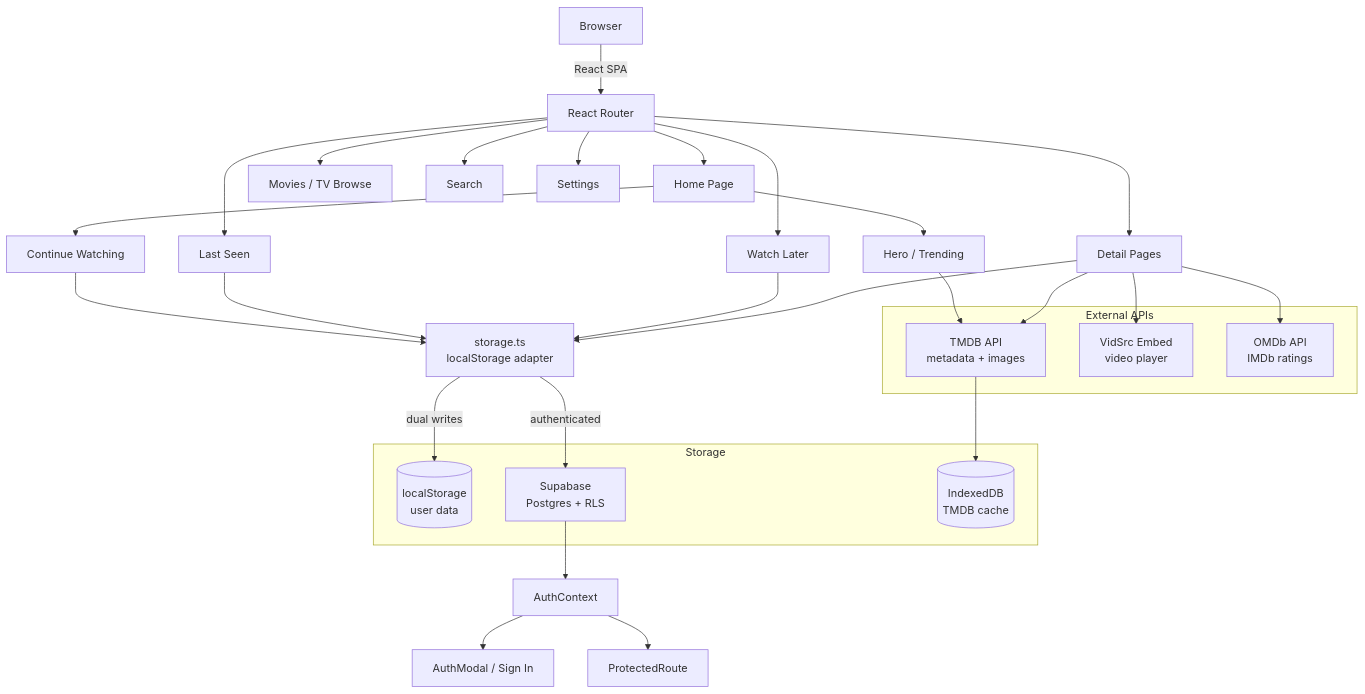
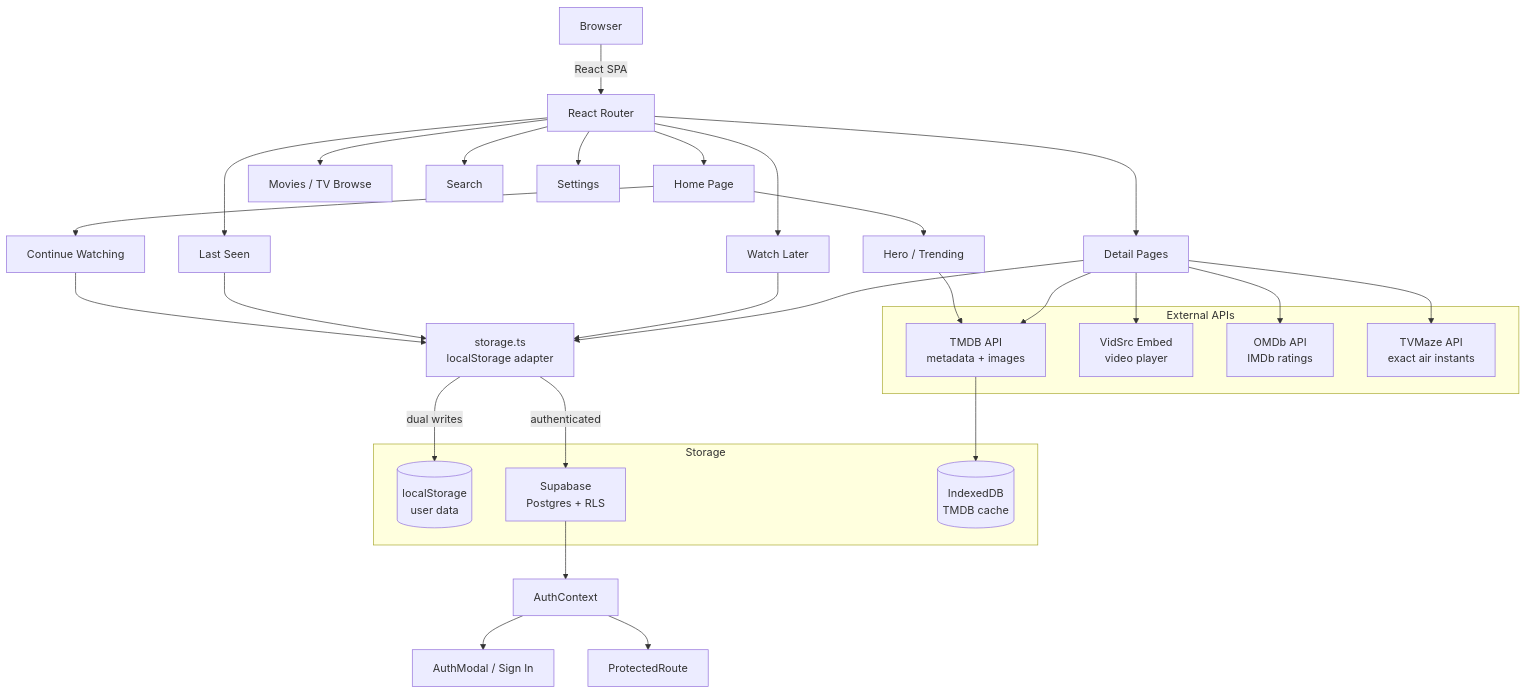
One commit to AdeiTamayo/StreamingPlatform changed the diagram in README.md. Above: the diagram before and after it, drawn with Mermaid. The commit also changed other lines of this file, not shown here.

````diff
--- a/README.md
+++ b/README.md
@@ -36,46 +36,48 @@
 ```mermaid
 flowchart TD
     A[Browser] -->|React SPA| B[React Router]
     B --> C[Home Page]
     B --> D[Movies / TV Browse]
     B --> E[Detail Pages]
     B --> F[Search]
     B --> G[Watch Later]
     B --> H[Last Seen]
     B --> I[Settings]
 
     E --> J[TMDB API<br>metadata + images]
     E --> K[VidSrc Embed<br>video player]
     E --> O[OMDb API<br>IMDb ratings]
+    E --> V[TVMaze API<br>exact air instants]
     E --> L[storage.ts<br>localStorage adapter]
 
     G --> L
     H --> L
 
     L -->|dual writes| M[(localStorage<br>user data)]
     L -->|authenticated| N[Supabase<br>Postgres + RLS]
 
     N --> P[AuthContext]
     P --> Q[AuthModal / Sign In]
     P --> R[ProtectedRoute]
 
     C --> S[Continue Watching]
     C --> T[Hero / Trending]
 
     S --> L
     T --> J
 
     subgraph TMDB [External APIs]
         J
         K
         O
+        V
     end
 
     subgraph Storage [Storage]
         M
         N
         DB[(IndexedDB<br>TMDB cache)]
     end
 
     J --> DB
 ```
````
